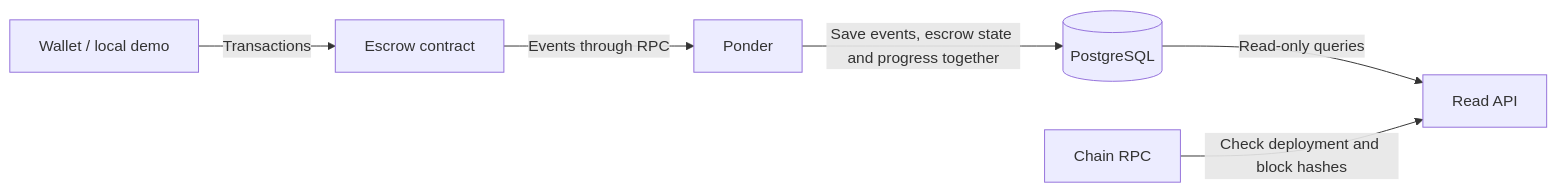
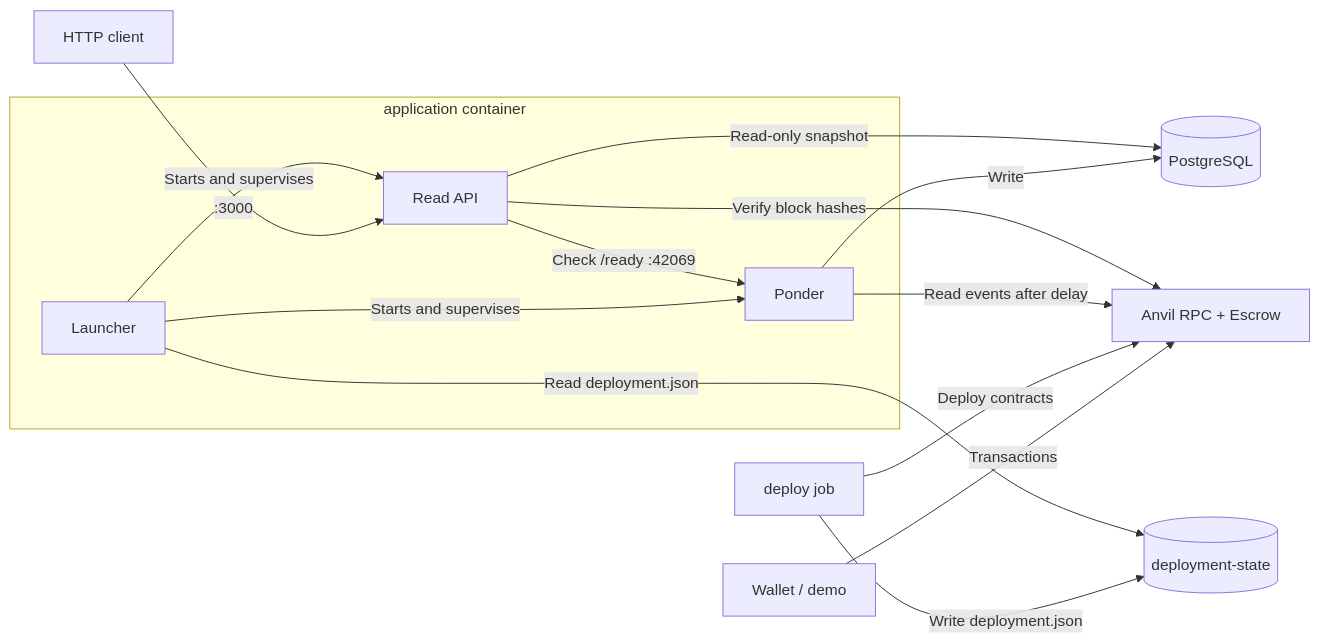
Before and after one commit to dubzn/remitee-challenge: the diagram in README.md, drawn with Mermaid. The commit also changed other lines of this file and 1 other file, not shown here.

Commit message:
Expand the architecture and data model documentation

````diff
--- a/README.md
+++ b/README.md
@@ -55,8 +57,19 @@
 ```mermaid
 flowchart LR
-    Wallet[Wallet / local demo] -->|Transactions| Escrow[Escrow contract]
-    Escrow -->|Events through RPC| Ponder[Ponder]
-    Ponder -->|Save events, escrow state and progress together| DB[(PostgreSQL)]
-    DB -->|Read-only queries| API[Read API]
-    RPC[Chain RPC] -->|Check deployment and block hashes| API
+    Client[HTTP client] -->|":3000"| API
+    Demo[Wallet / demo] -->|Transactions| Anvil[Anvil RPC + Escrow]
+    Deploy[deploy job] -->|Deploy contracts| Anvil
+    Deploy -->|Write deployment.json| State[(deployment-state)]
+
+    subgraph application[application container]
+        Launcher[Launcher] -->|Starts and supervises| Ponder
+        Launcher -->|Starts and supervises| API[Read API]
+        API -->|"Check /ready :42069"| Ponder
+    end
+
+    Launcher -->|Read deployment.json| State
+    Ponder -->|Read events after delay| Anvil
+    API -->|Verify block hashes| Anvil
+    Ponder -->|Write| DB[(PostgreSQL)]
+    API -->|Read-only snapshot| DB
 ```
````
